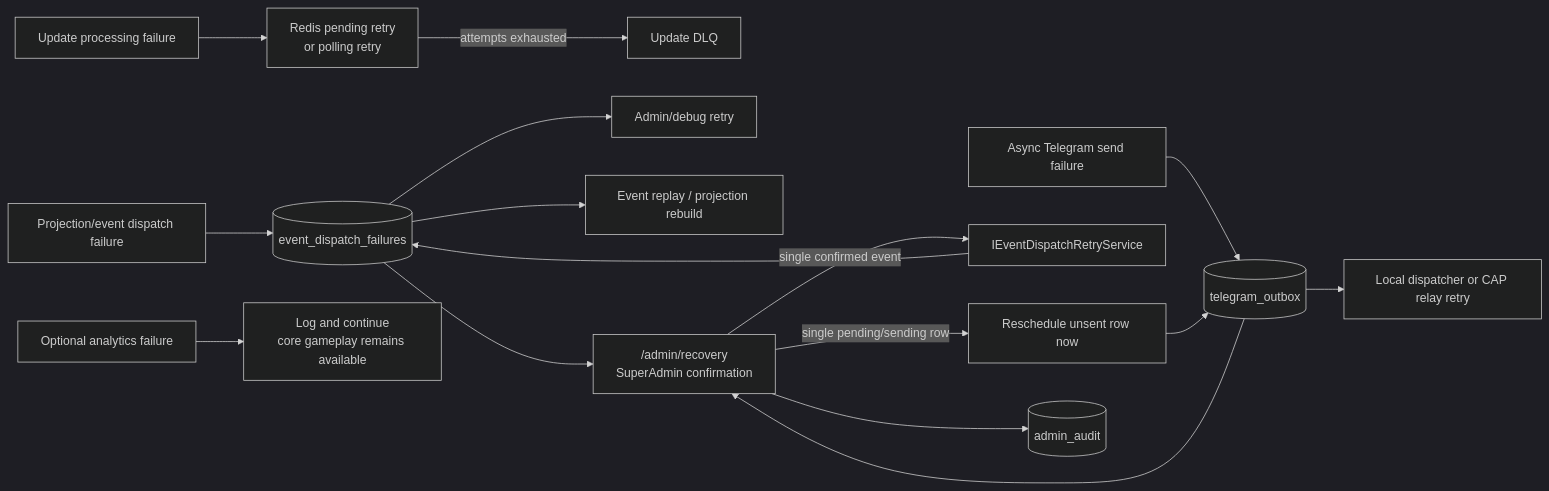
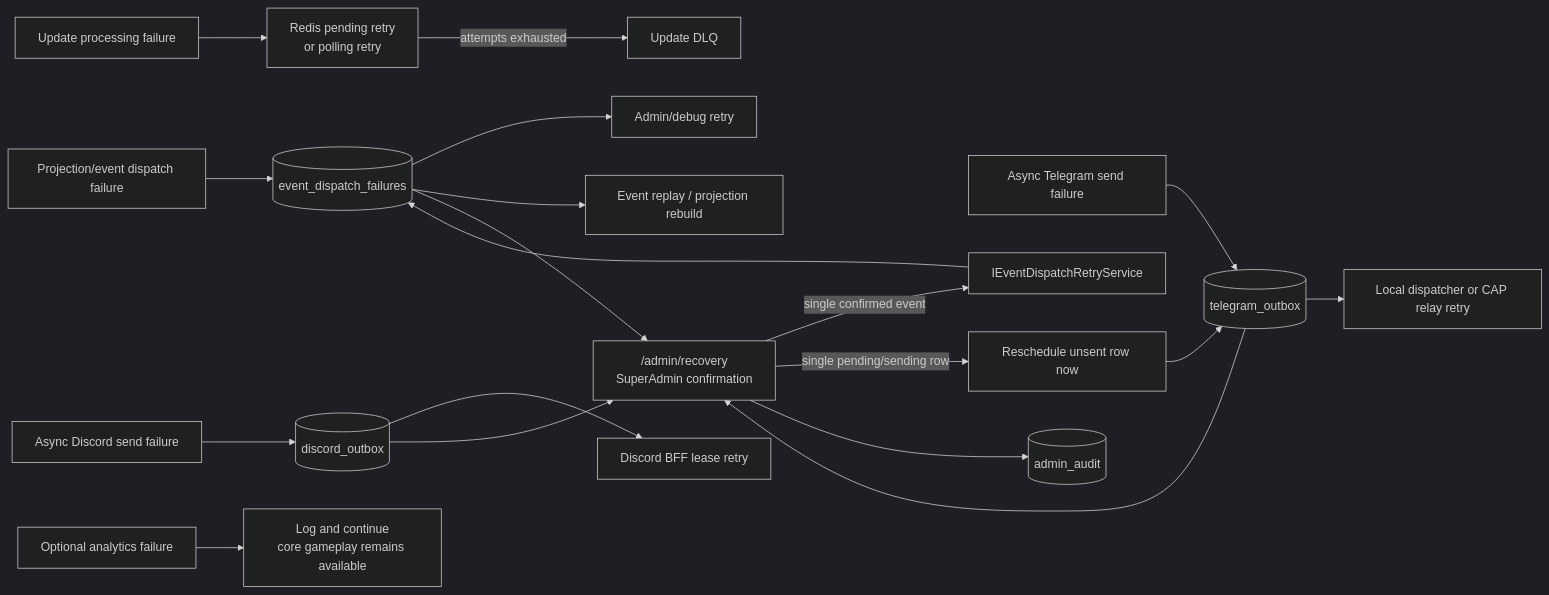
Diagram 29 of 30 in docs/arch.md (cpp20120/GameShiz), drawn with Mermaid (dark theme) before and after one commit. The commit also changed other lines of this file and 182 other files, not shown here.

````diff
--- a/docs/arch.md
+++ b/docs/arch.md
@@ -1088,36 +1337,42 @@
 ```mermaid
 flowchart LR
     updateFailure["Update processing failure"]
     eventFailure["Projection/event dispatch failure"]
     telegramFailure["Async Telegram send failure"]
+    discordFailure["Async Discord send failure"]
     infraFailure["Optional analytics failure"]
 
     updateRetry["Redis pending retry<br/>or polling retry"]
     updateDlq["Update DLQ"]
     failureStore[("event_dispatch_failures")]
     telegramOutbox[("telegram_outbox")]
+    discordOutbox[("discord_outbox")]
     retry["Admin/debug retry"]
     replay["Event replay / projection rebuild"]
     telegramRetry["Local dispatcher or CAP relay retry"]
+    discordRetry["Discord BFF lease retry"]
     adminRecovery["/admin/recovery<br/>SuperAdmin confirmation"]
     eventRetry["IEventDispatchRetryService"]
     outboxNow["Reschedule unsent row now"]
     audit[("admin_audit")]
     graceful["Log and continue<br/>core gameplay remains available"]
 
     updateFailure --> updateRetry
     updateRetry -->|"attempts exhausted"| updateDlq
     eventFailure --> failureStore
     failureStore --> retry
     failureStore --> replay
     telegramFailure --> telegramOutbox
+    discordFailure --> discordOutbox
     telegramOutbox --> telegramRetry
+    discordOutbox --> discordRetry
     failureStore --> adminRecovery
     telegramOutbox --> adminRecovery
+    discordOutbox --> adminRecovery
     adminRecovery -->|"single confirmed event"| eventRetry
     eventRetry --> failureStore
     adminRecovery -->|"single pending/sending row"| outboxNow
     outboxNow --> telegramOutbox
     adminRecovery --> audit
     infraFailure --> graceful
 ```
````
